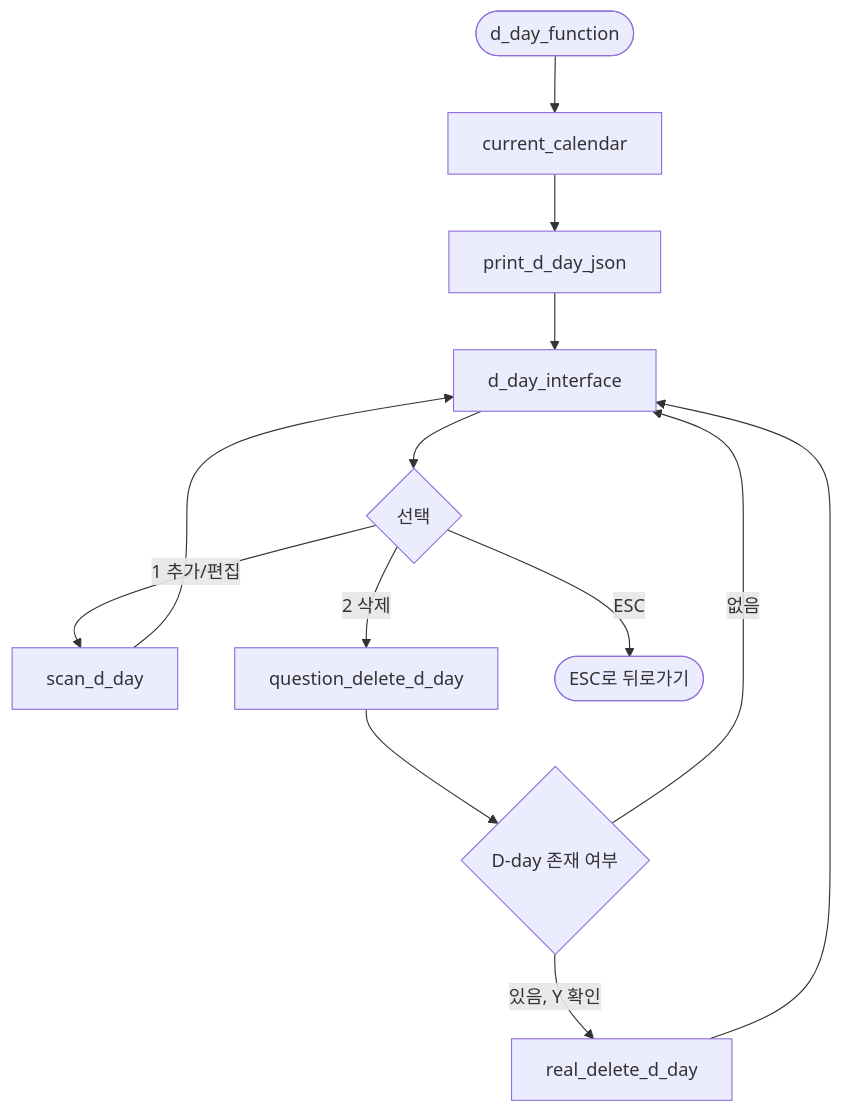
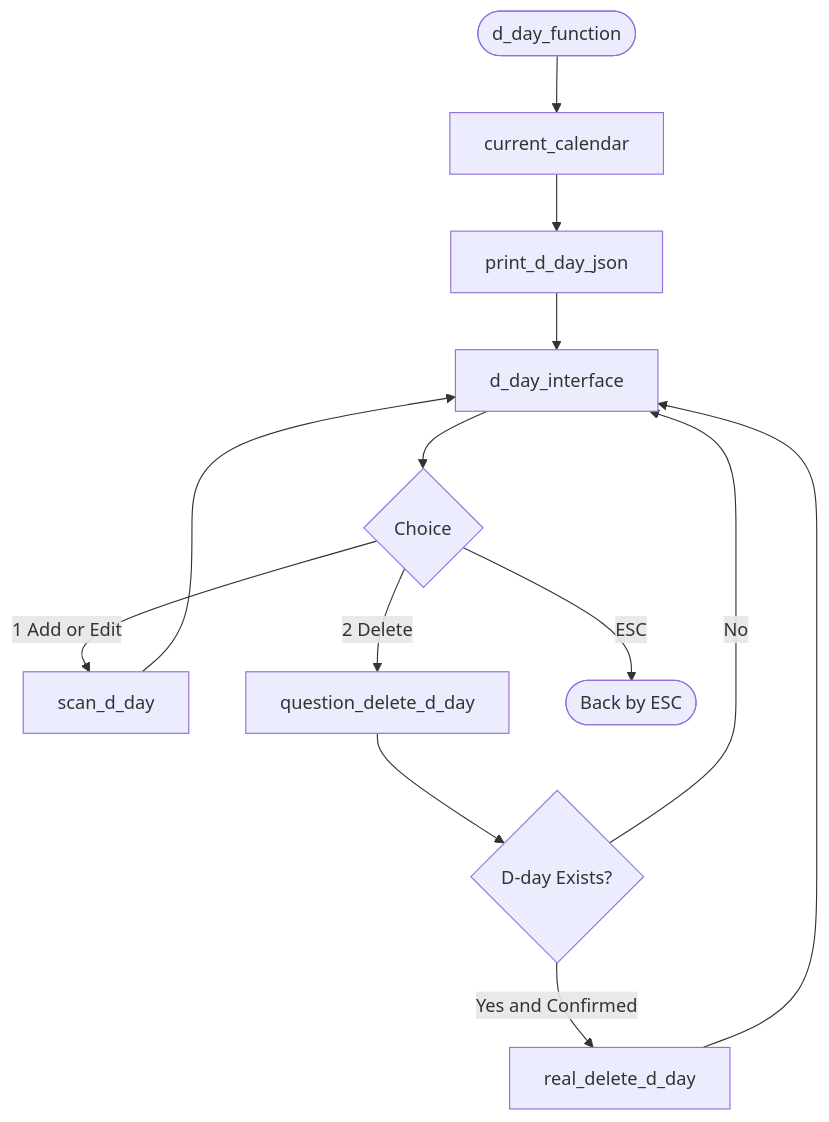
One commit to JY0102/Calendar changed the fifth of 8 diagrams in architecture/dpd.md. Above: the diagram before and after it, drawn with Mermaid. The commit also changed other lines of this file and 1 other file, not shown here.

````diff
--- a/architecture/dpd.md
+++ b/architecture/dpd.md
@@ -139,26 +138,26 @@
 ```mermaid
 flowchart TB
-    Start([d_day_function])
-    Draw[current_calendar]
-    Print[print_d_day_json]
-    Menu[d_day_interface]
-    Choice{선택}
-    Scan[scan_d_day]
-    DeleteQuestion[question_delete_d_day]
-    Empty{D-day 존재 여부}
-    RealDelete[real_delete_d_day]
-    Back([ESC로 뒤로가기])
+    Start(["d_day_function"])
+    Draw["current_calendar"]
+    Print["print_d_day_json"]
+    Menu["d_day_interface"]
+    Choice{"Choice"}
+    Scan["scan_d_day"]
+    DeleteQuestion["question_delete_d_day"]
+    Empty{"D-day Exists?"}
+    RealDelete["real_delete_d_day"]
+    Back(["Back by ESC"])
 
     Start --> Draw
     Draw --> Print
     Print --> Menu
     Menu --> Choice
-    Choice -->|1 추가/편집| Scan
-    Choice -->|2 삭제| DeleteQuestion
-    Choice -->|ESC| Back
+    Choice -->|"1 Add or Edit"| Scan
+    Choice -->|"2 Delete"| DeleteQuestion
+    Choice -->|"ESC"| Back
     DeleteQuestion --> Empty
-    Empty -->|없음| Menu
-    Empty -->|있음, Y 확인| RealDelete
+    Empty -->|"No"| Menu
+    Empty -->|"Yes and Confirmed"| RealDelete
     RealDelete --> Menu
     Scan --> Menu
 ```
````
